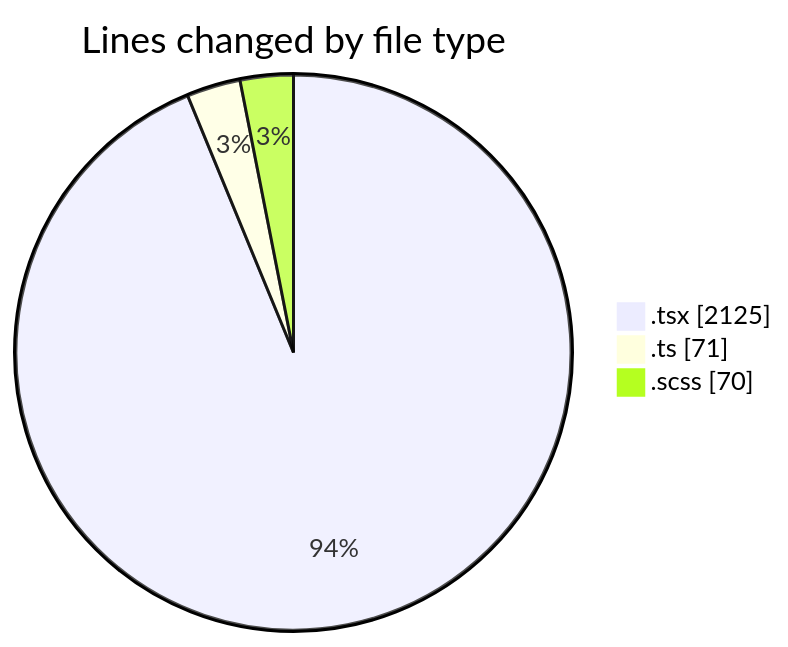
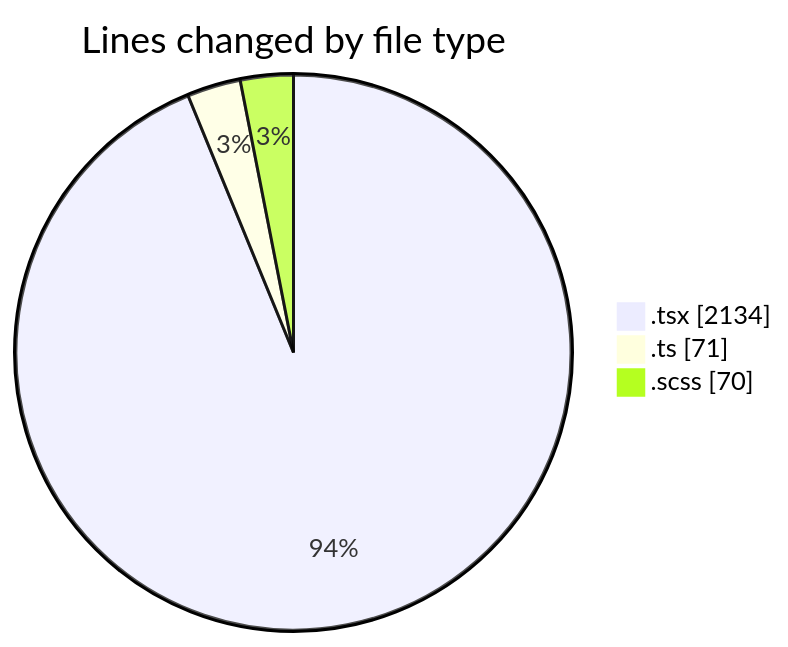
Before and after one commit to momahboobian/code-tracking: the first of 2 diagrams in 2025-02-11/cda/README.md, drawn with Mermaid. The commit also changed other lines of this file and 1 other file, not shown here.

````diff
--- a/2025-02-11/cda/README.md
+++ b/2025-02-11/cda/README.md
@@ -24,7 +24,7 @@
 ```mermaid
 pie showData
 title Lines changed by file type
-".tsx" : 2125
+".tsx" : 2134
 ".ts" : 71
 ".scss" : 70
 ```
````
